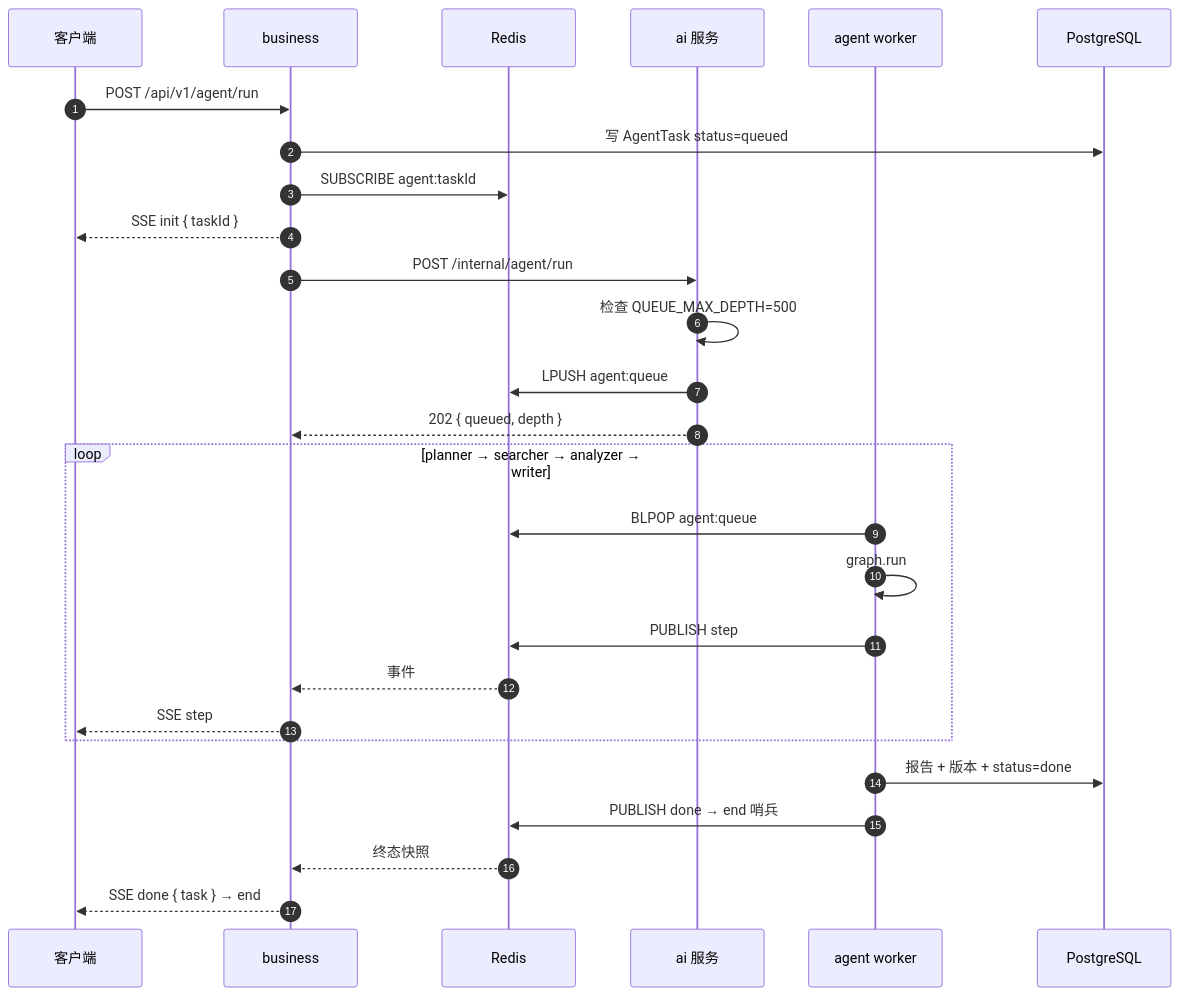
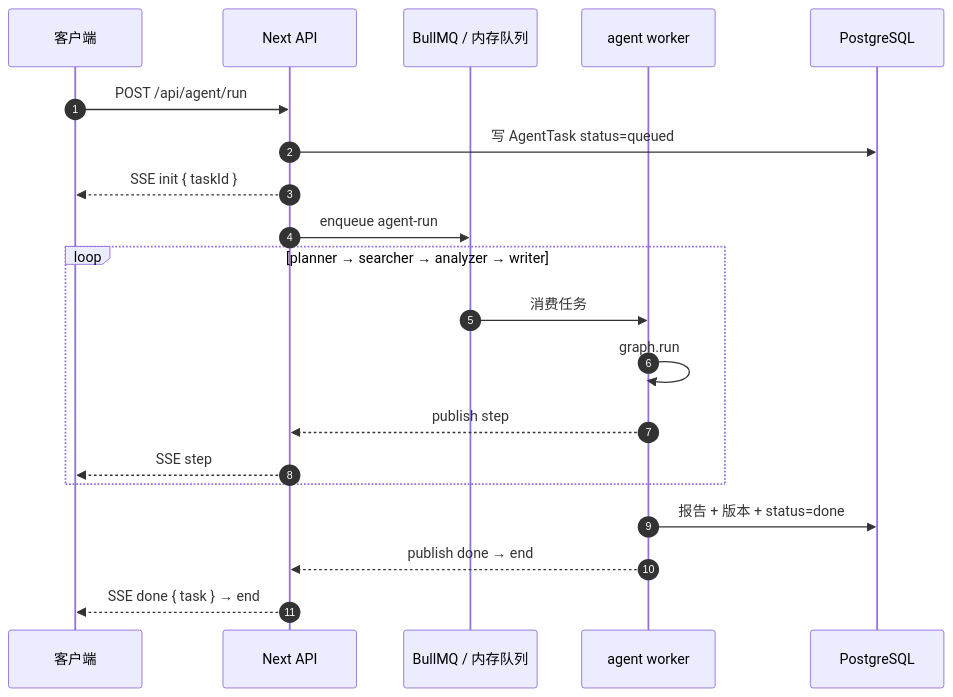
The third of 4 diagrams in docs/architecture/system-design-runtime.md (BlackArt40/KnowledgeAI), drawn with Mermaid before and after one commit. The commit also changed other lines of this file and 118 other files, not shown here.

````diff
--- a/docs/architecture/system-design-runtime.md
+++ b/docs/architecture/system-design-runtime.md
@@ -98,30 +93,23 @@
 ```mermaid
 sequenceDiagram
   autonumber
   participant C as 客户端
-  participant B as business
-  participant R as Redis
-  participant A as ai 服务
+  participant N as Next API
+  participant Q as BullMQ / 内存队列
   participant W as agent worker
   participant P as PostgreSQL
 
-  C->>B: POST /api/v1/agent/run
-  B->>P: 写 AgentTask status=queued
-  B->>R: SUBSCRIBE agent:taskId
-  B-->>C: SSE init { taskId }
-  B->>A: POST /internal/agent/run
-  A->>A: 检查 QUEUE_MAX_DEPTH=500
-  A->>R: LPUSH agent:queue
-  A-->>B: 202 { queued, depth }
+  C->>N: POST /api/agent/run
+  N->>P: 写 AgentTask status=queued
+  N-->>C: SSE init { taskId }
+  N->>Q: enqueue agent-run
   loop planner → searcher → analyzer → writer
-    W->>R: BLPOP agent:queue
+    Q->>W: 消费任务
     W->>W: graph.run
-    W->>R: PUBLISH step
-    R-->>B: 事件
-    B-->>C: SSE step
+    W-->>N: publish step
+    N-->>C: SSE step
   end
   W->>P: 报告 + 版本 + status=done
-  W->>R: PUBLISH done → end 哨兵
-  R-->>B: 终态快照
-  B-->>C: SSE done { task } → end
+  W-->>N: publish done → end
+  N-->>C: SSE done { task } → end
 ```
````
